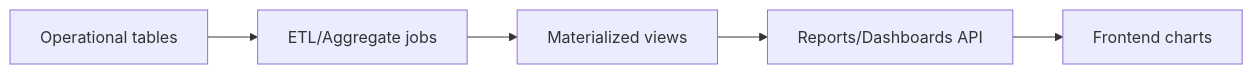
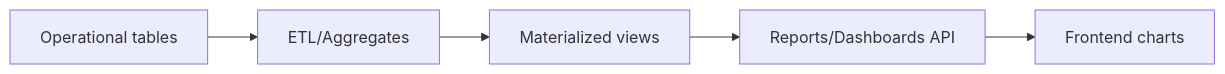
Diagram 11 of 12 in kavia-docs/Architecture_Master.md (kavia-common/secure-crm-platform-40906-40915), drawn with Mermaid before and after one commit. The commit also changed other lines of this file and 39 other files, not shown here.

````diff
--- a/kavia-docs/Architecture_Master.md
+++ b/kavia-docs/Architecture_Master.md
@@ -303,7 +288,7 @@
 ```mermaid
 flowchart LR
-  A["Operational tables"] --> B["ETL/Aggregate jobs"]
+  A["Operational tables"] --> B["ETL/Aggregates"]
   B --> C["Materialized views"]
   C --> D["Reports/Dashboards API"]
   D --> E["Frontend charts"]
 ```
````
